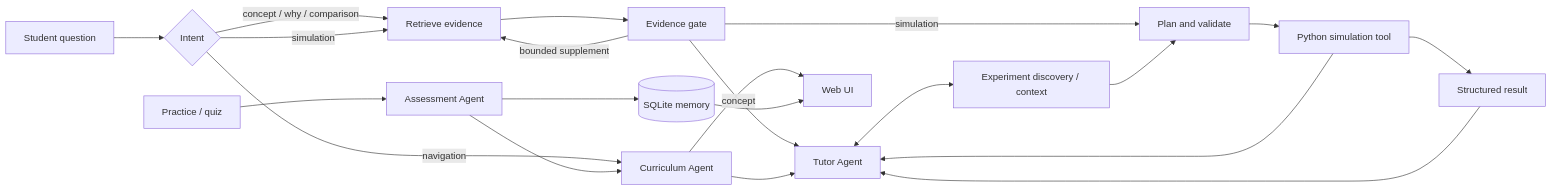
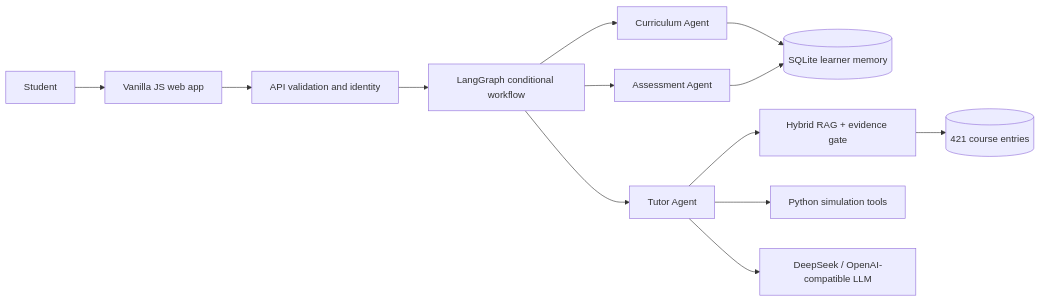
Before and after one commit to JW35711/ai-tutor-for-stochastic-processes: the diagram in README.md, drawn with Mermaid. The commit also changed other lines of this file and 19 other files, not shown here.

````diff
--- a/README.md
+++ b/README.md
@@ -220,23 +68,15 @@
 ```mermaid
 flowchart LR
-    U[Student question] --> I{Intent}
-    I -->|navigation| C[Curriculum Agent]
-    I -->|concept / why / comparison| R[Retrieve evidence]
-    I -->|simulation| R
-    R --> E[Evidence gate]
-    E -->|bounded supplement| R
-    E -->|concept| T[Tutor Agent]
-    E -->|simulation| P[Plan and validate]
-    P --> S[Python simulation tool]
-    S --> T
-    QZ[Practice / quiz] --> A[Assessment Agent]
-    A --> C
-    A --> M[(SQLite memory)]
-    C --> T
-    C --> UI[Web UI]
-    M --> UI
-    T <--> X[Experiment discovery / context]
-    X --> P
-    S --> V[Structured result]
-    V --> T
+    U[Student] --> W[Vanilla JS web app]
+    W --> A[API validation and identity]
+    A --> G[LangGraph conditional workflow]
+    G --> C[Curriculum Agent]
+    G --> T[Tutor Agent]
+    G --> Q[Assessment Agent]
+    C --> S[(SQLite learner memory)]
+    Q --> S
+    T --> R[Hybrid RAG + evidence gate]
+    T --> P[Python simulation tools]
+    T --> L[DeepSeek / OpenAI-compatible LLM]
+    R --> K[(421 course entries)]
 ```
````
